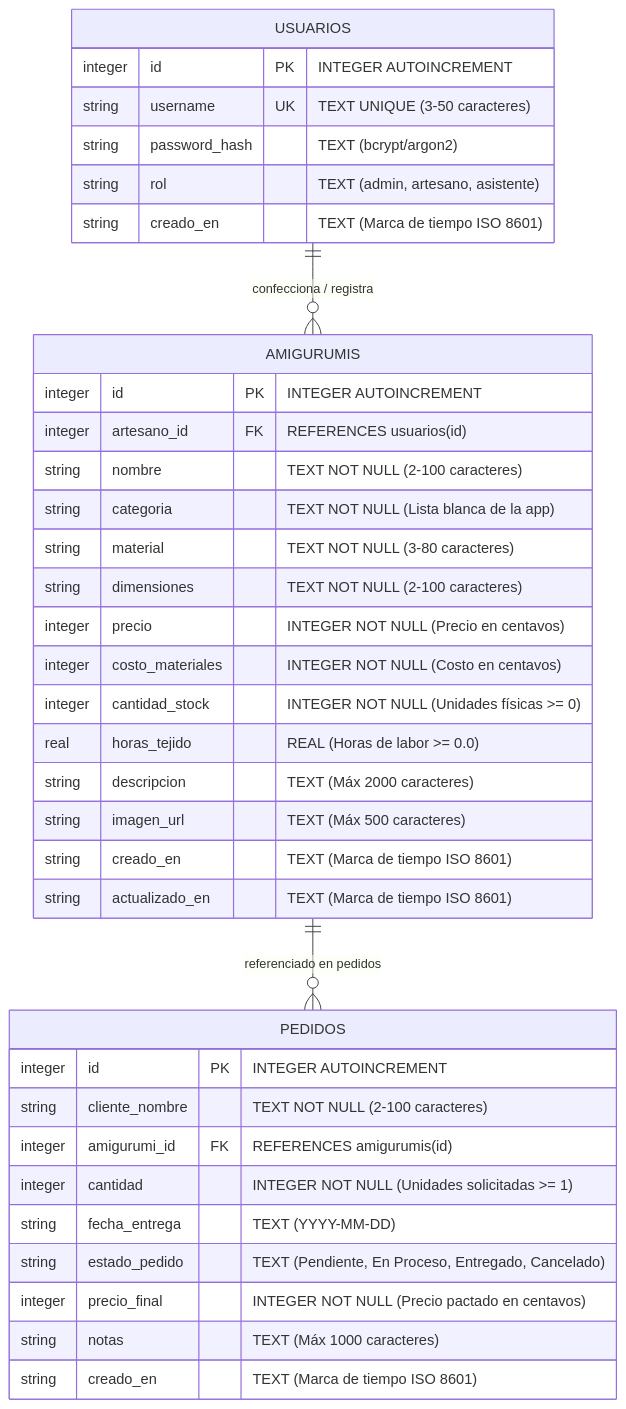
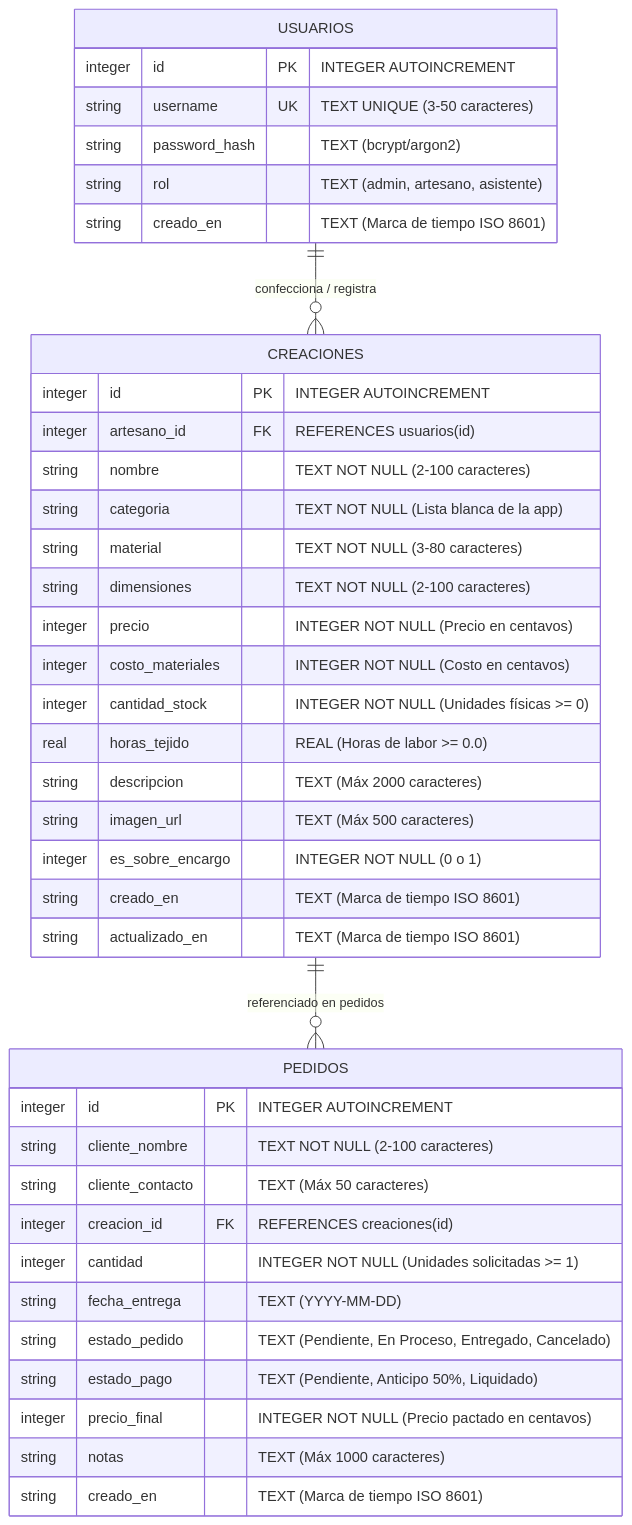
One commit to AngelKero/amigurumi-manager changed the diagram in docs/database-schema.es.md. Above: the diagram before and after it, drawn with Mermaid. The commit also changed other lines of this file and 45 other files, not shown here.

Commit message:
refactor: rename amigurumi nomenclature to creaciones across modules, views, and components and add new creaciones management pages

````diff
--- a/docs/database-schema.es.md
+++ b/docs/database-schema.es.md
@@ -9,42 +9,45 @@
 ```mermaid
 erDiagram
     USUARIOS {
         integer id PK "INTEGER AUTOINCREMENT"
         string username UK "TEXT UNIQUE (3-50 caracteres)"
         string password_hash "TEXT (bcrypt/argon2)"
         string rol "TEXT (admin, artesano, asistente)"
         string creado_en "TEXT (Marca de tiempo ISO 8601)"
     }
 
-    AMIGURUMIS {
+    CREACIONES {
         integer id PK "INTEGER AUTOINCREMENT"
         integer artesano_id FK "REFERENCES usuarios(id)"
         string nombre "TEXT NOT NULL (2-100 caracteres)"
         string categoria "TEXT NOT NULL (Lista blanca de la app)"
         string material "TEXT NOT NULL (3-80 caracteres)"
         string dimensiones "TEXT NOT NULL (2-100 caracteres)"
         integer precio "INTEGER NOT NULL (Precio en centavos)"
         integer costo_materiales "INTEGER NOT NULL (Costo en centavos)"
         integer cantidad_stock "INTEGER NOT NULL (Unidades físicas >= 0)"
         real horas_tejido "REAL (Horas de labor >= 0.0)"
         string descripcion "TEXT (Máx 2000 caracteres)"
         string imagen_url "TEXT (Máx 500 caracteres)"
+        integer es_sobre_encargo "INTEGER NOT NULL (0 o 1)"
         string creado_en "TEXT (Marca de tiempo ISO 8601)"
         string actualizado_en "TEXT (Marca de tiempo ISO 8601)"
     }
 
     PEDIDOS {
         integer id PK "INTEGER AUTOINCREMENT"
         string cliente_nombre "TEXT NOT NULL (2-100 caracteres)"
-        integer amigurumi_id FK "REFERENCES amigurumis(id)"
+        string cliente_contacto "TEXT (Máx 50 caracteres)"
+        integer creacion_id FK "REFERENCES creaciones(id)"
         integer cantidad "INTEGER NOT NULL (Unidades solicitadas >= 1)"
         string fecha_entrega "TEXT (YYYY-MM-DD)"
         string estado_pedido "TEXT (Pendiente, En Proceso, Entregado, Cancelado)"
+        string estado_pago "TEXT (Pendiente, Anticipo 50%, Liquidado)"
         integer precio_final "INTEGER NOT NULL (Precio pactado en centavos)"
         string notas "TEXT (Máx 1000 caracteres)"
         string creado_en "TEXT (Marca de tiempo ISO 8601)"
     }
 
-    USUARIOS ||--o{ AMIGURUMIS : "confecciona / registra"
-    AMIGURUMIS ||--o{ PEDIDOS : "referenciado en pedidos"
+    USUARIOS ||--o{ CREACIONES : "confecciona / registra"
+    CREACIONES ||--o{ PEDIDOS : "referenciado en pedidos"
 ```
````
